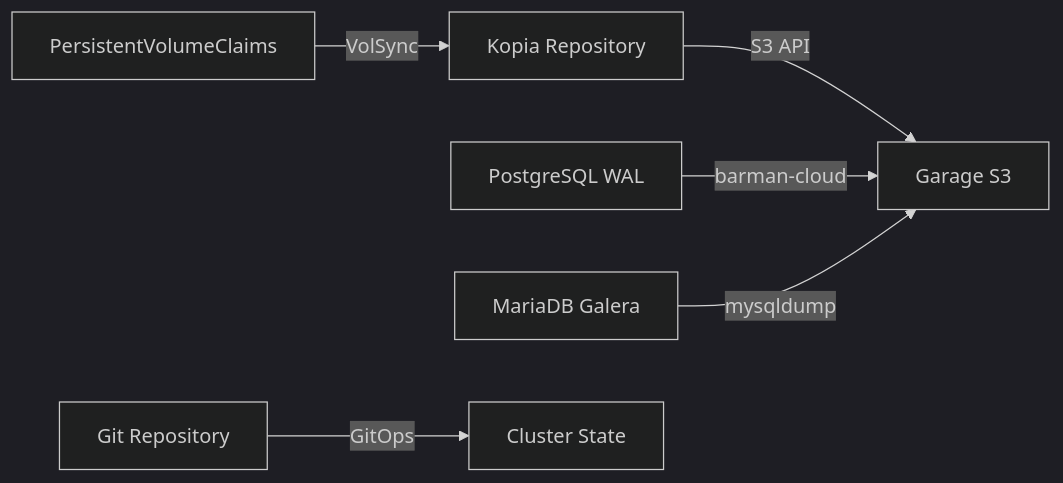
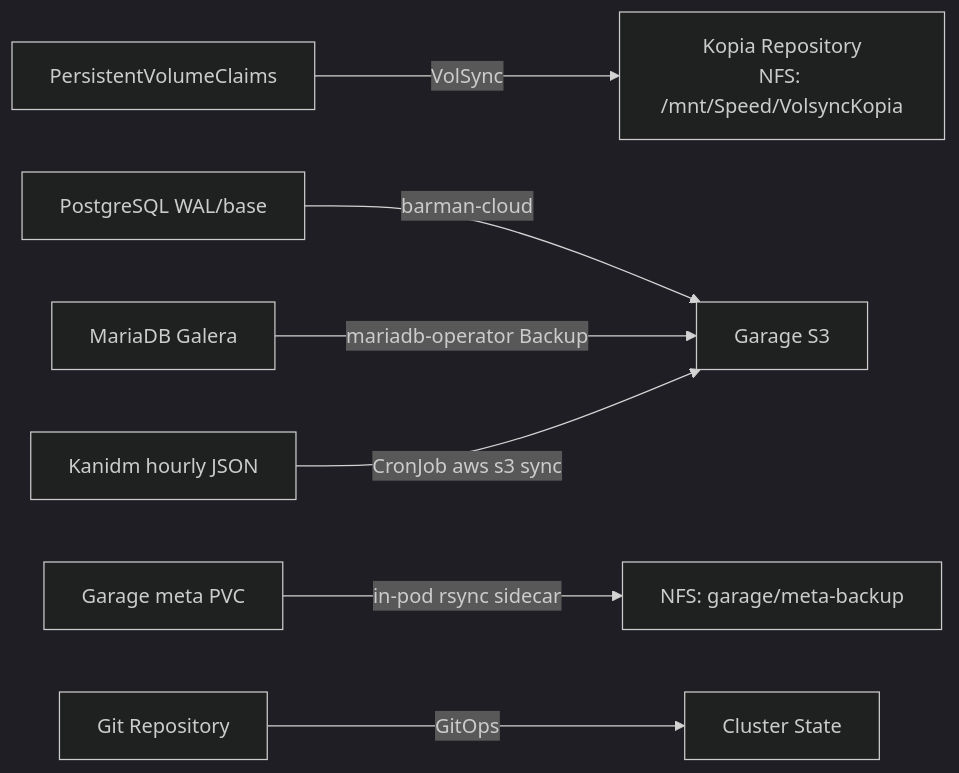
One commit to 00o-sh/special-winner changed the diagram in docs/operations/backup-recovery.md. Above: the diagram before and after it, drawn with Mermaid (dark theme). The commit also changed other lines of this file and 3 other files, not shown here.

````diff
--- a/docs/operations/backup-recovery.md
+++ b/docs/operations/backup-recovery.md
@@ -5,8 +5,9 @@
 ```mermaid
 graph LR
-    PVC[PersistentVolumeClaims] -->|VolSync| Kopia[Kopia Repository]
-    Kopia -->|S3 API| Garage[Garage S3]
-    PG[PostgreSQL WAL] -->|barman-cloud| Garage
-    MDB[MariaDB Galera] -->|mysqldump| Garage
+    PVC[PersistentVolumeClaims] -->|VolSync| Kopia[Kopia Repository<br/>NFS: /mnt/Speed/VolsyncKopia]
+    PG[PostgreSQL WAL/base] -->|barman-cloud| Garage[Garage S3]
+    MDB[MariaDB Galera] -->|mariadb-operator Backup| Garage
+    KD[Kanidm hourly JSON] -->|CronJob aws s3 sync| Garage
+    GM[Garage meta PVC] -->|in-pod rsync sidecar| NFSGarage[NFS: garage/meta-backup]
     Git[Git Repository] -->|GitOps| State[Cluster State]
 ```
````
